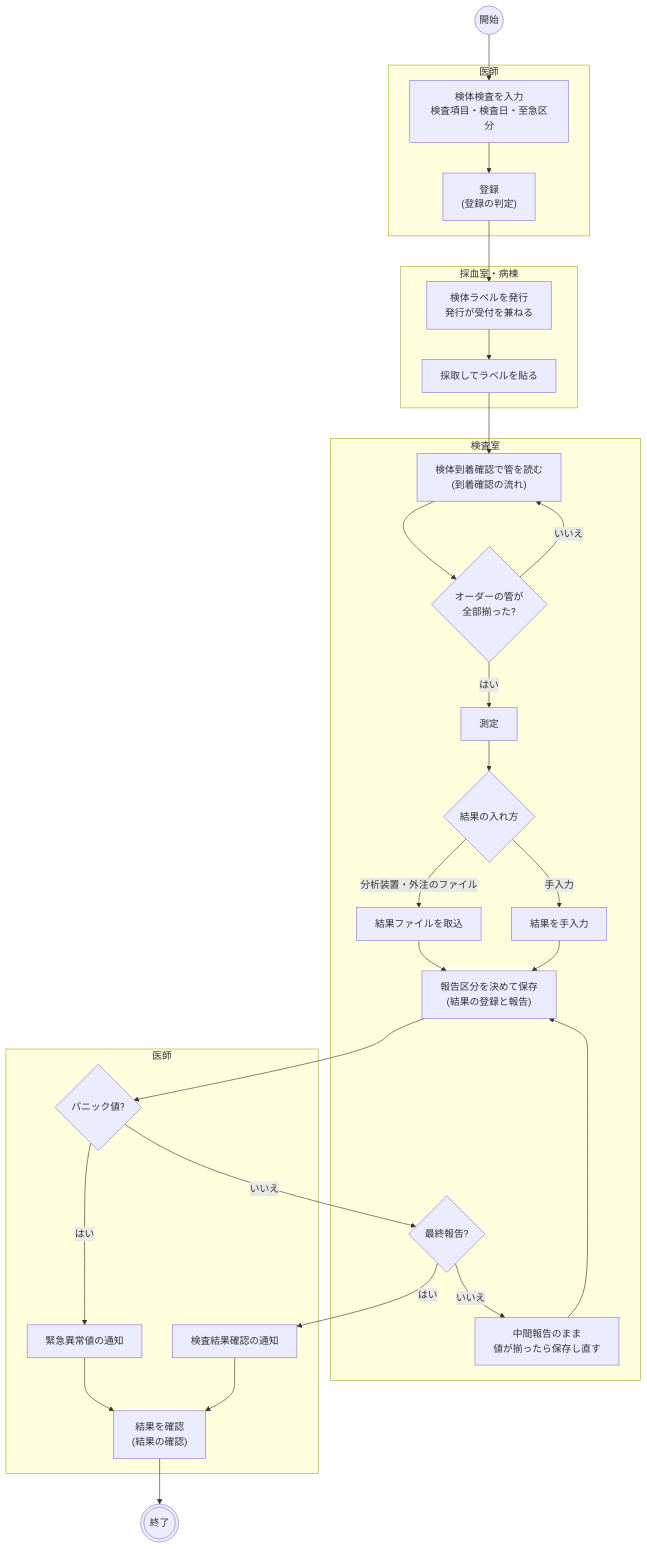
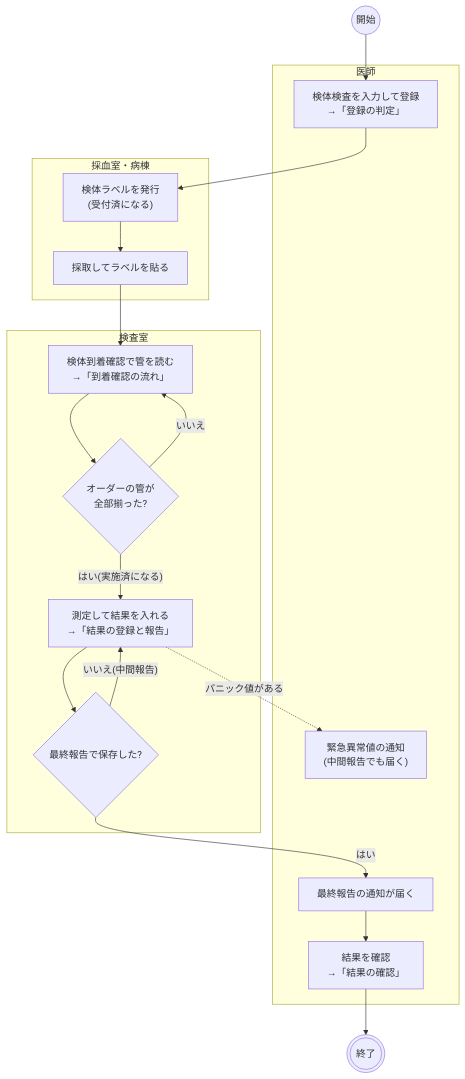
The first of 6 diagrams in docs/flows/lab.md (ysnr-dev/fhir-client-docs), drawn with Mermaid before and after one commit. The commit also changed other lines of this file and 43 other files, not shown here.

Commit message:
docs: 業務フローとシーケンス図を写し直し

````diff
--- a/docs/flows/lab.md
+++ b/docs/flows/lab.md
@@ -35,46 +31,31 @@
 ```mermaid
 flowchart TD
   start(("開始"))
   finish((("終了")))
 
   subgraph doctor["医師"]
-    input["検体検査を入力<br/>検査項目・検査日・至急区分"]
-    register["登録<br/>(登録の判定)"]
+    input["検体検査を入力して登録<br/>→「登録の判定」"]
+    panic["緊急異常値の通知<br/>(中間報告でも届く)"]
+    notify["最終報告の通知が届く"]
+    confirm["結果を確認<br/>→「結果の確認」"]
   end
 
   subgraph collect["採血室・病棟"]
-    issue["検体ラベルを発行<br/>発行が受付を兼ねる"]
+    issue["検体ラベルを発行<br/>(受付済になる)"]
     draw["採取してラベルを貼る"]
   end
 
   subgraph lab["検査室"]
-    arrive["検体到着確認で管を読む<br/>(到着確認の流れ)"]
+    arrive["検体到着確認で管を読む<br/>→「到着確認の流れ」"]
     allArrived{"オーダーの管が<br/>全部揃った?"}
-    measure["測定"]
-    how{"結果の入れ方"}
-    import["結果ファイルを取込"]
-    enter["結果を手入力"]
-    report["報告区分を決めて保存<br/>(結果の登録と報告)"]
-    final{"最終報告?"}
-    interim["中間報告のまま<br/>値が揃ったら保存し直す"]
+    measure["測定して結果を入れる<br/>→「結果の登録と報告」"]
+    final{"最終報告で保存した?"}
   end
 
-  subgraph review["医師"]
-    panic{"パニック値?"}
-    notifyPanic["緊急異常値の通知"]
-    notifyReview["検査結果確認の通知"]
-    confirm["結果を確認<br/>(結果の確認)"]
-  end
-
-  start --> input --> register --> issue --> draw --> arrive --> allArrived
+  start --> input --> issue --> draw --> arrive --> allArrived
   allArrived -- "いいえ" --> arrive
-  allArrived -- "はい" --> measure --> how
-  how -- "分析装置・外注のファイル" --> import --> report
-  how -- "手入力" --> enter --> report
-  report --> panic
-  panic -- "はい" --> notifyPanic --> confirm
-  panic -- "いいえ" --> final
-  final -- "はい" --> notifyReview --> confirm
-  final -- "いいえ" --> interim --> report
-  confirm --> finish
+  allArrived -- "はい(実施済になる)" --> measure --> final
+  final -- "いいえ(中間報告)" --> measure
+  final -- "はい" --> notify --> confirm --> finish
+  measure -. "パニック値がある" .-> panic
 ```
````
